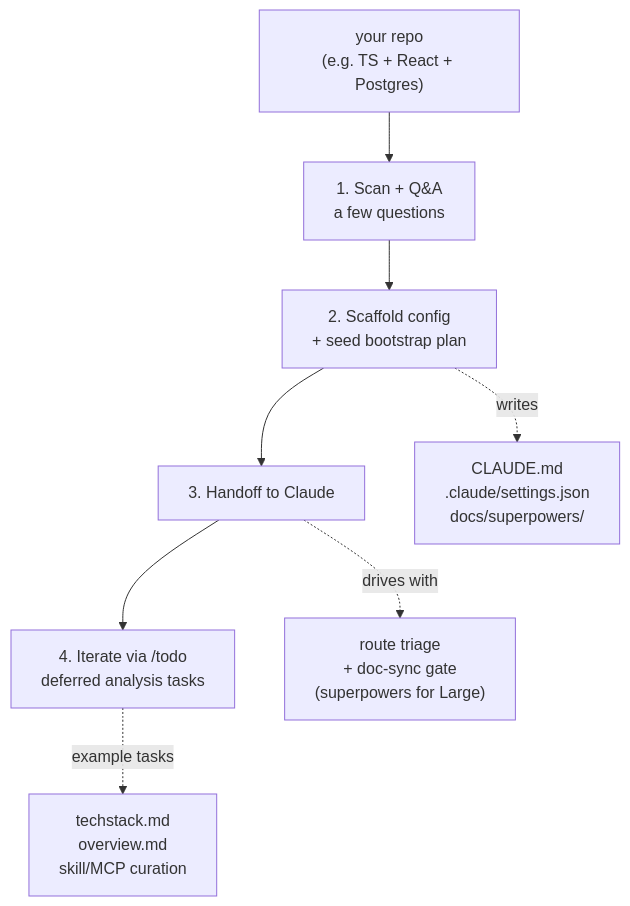
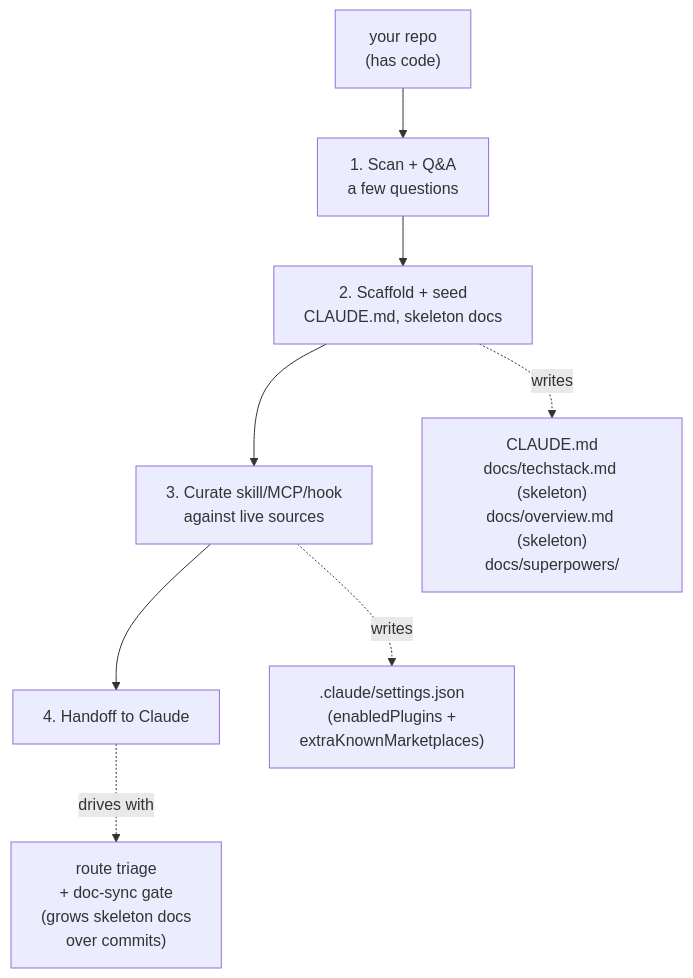
The diagram in README.md (RockyHong/super-bootstrap), drawn with Mermaid before and after one commit. The commit also changed other lines of this file and 5 other files, not shown here.

````diff
--- a/README.md
+++ b/README.md
@@ -31,12 +31,12 @@
 ```mermaid
 flowchart TD
-    repo["your repo<br/>(e.g. TS + React + Postgres)"]
+    repo["your repo<br/>(has code)"]
     repo --> scan["1. Scan + Q&A<br/>a few questions"]
-    scan --> scaffold["2. Scaffold config<br/>+ seed bootstrap plan"]
-    scaffold --> handoff["3. Handoff to Claude"]
-    handoff --> iterate["4. Iterate via /todo<br/>deferred analysis tasks"]
+    scan --> scaffold["2. Scaffold + seed<br/>CLAUDE.md, skeleton docs"]
+    scaffold --> curate["3. Curate skill/MCP/hook<br/>against live sources"]
+    curate --> handoff["4. Handoff to Claude"]
 
-    scaffold -.->|writes| files["CLAUDE.md<br/>.claude/settings.json<br/>docs/superpowers/"]
-    handoff -.->|drives with| engine["route triage<br/>+ doc-sync gate<br/>(superpowers for Large)"]
-    iterate -.->|example tasks| tasks["techstack.md<br/>overview.md<br/>skill/MCP curation"]
+    scaffold -.->|writes| files["CLAUDE.md<br/>docs/techstack.md (skeleton)<br/>docs/overview.md (skeleton)<br/>docs/superpowers/"]
+    curate -.->|writes| pins[".claude/settings.json<br/>(enabledPlugins +<br/>extraKnownMarketplaces)"]
+    handoff -.->|drives with| engine["route triage<br/>+ doc-sync gate<br/>(grows skeleton docs<br/>over commits)"]
 ```
````
